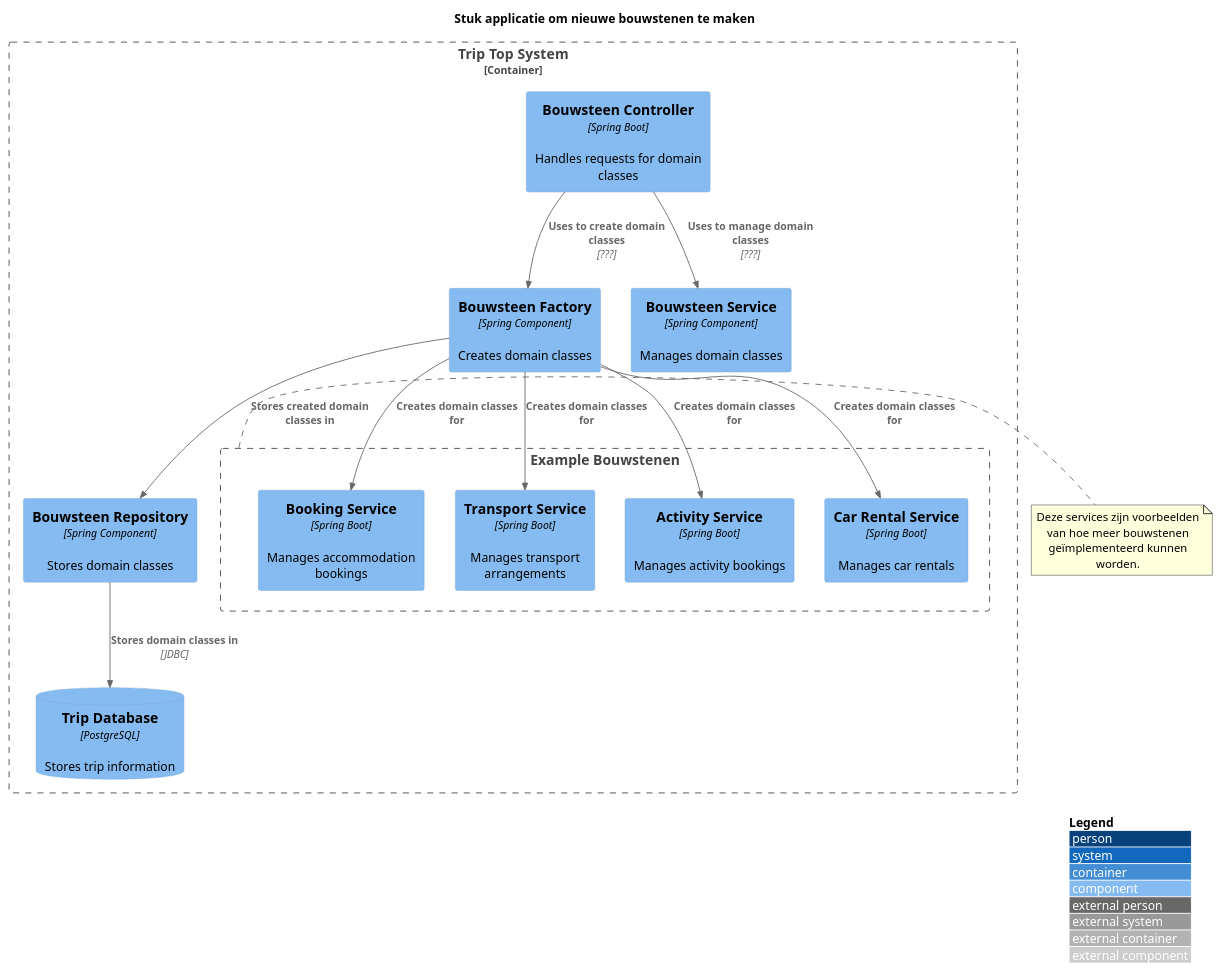
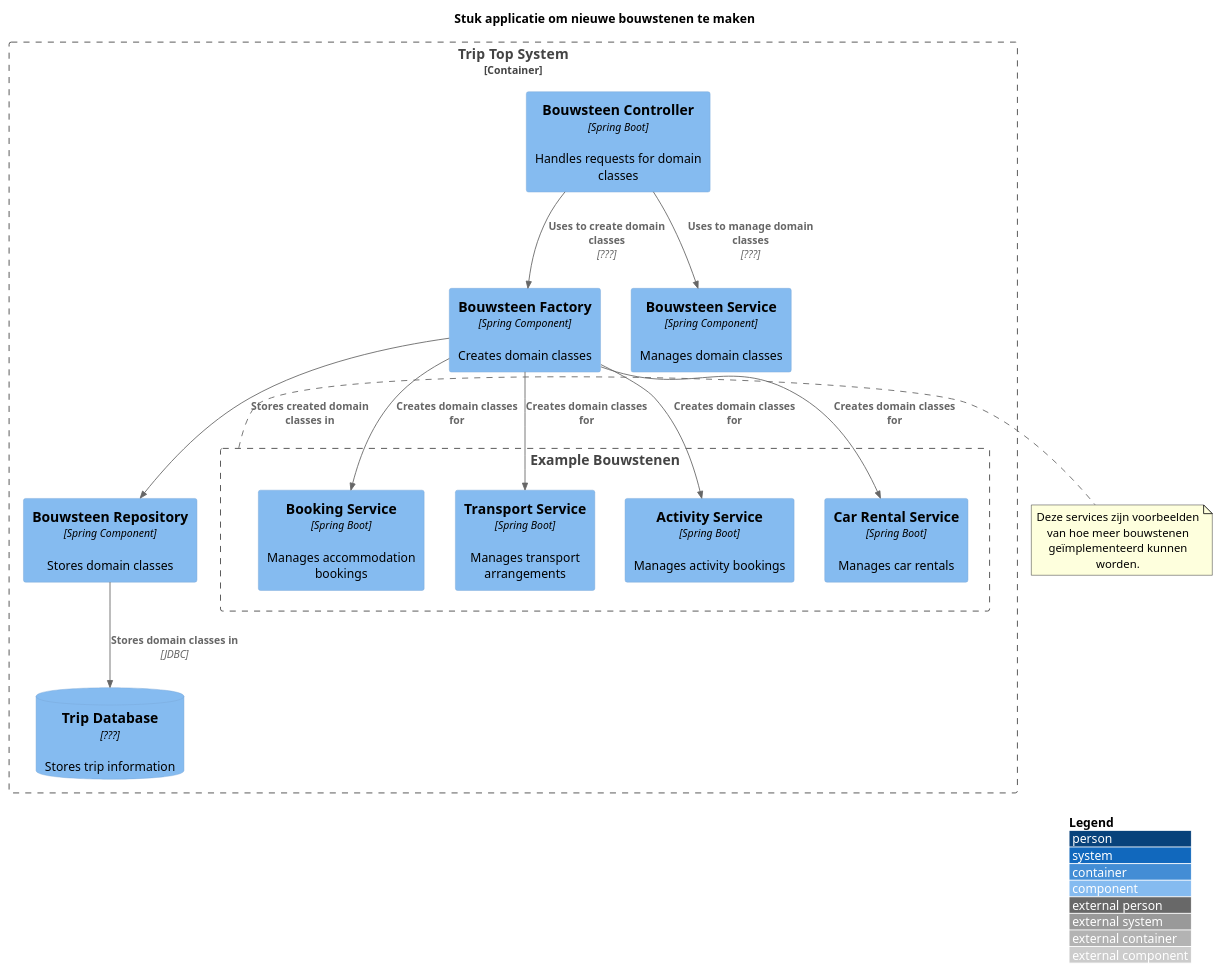
One commit to AIM-ENE-feb25/triptop-sqr-tech changed the diagram in Safa/W2L3V/NieuweVraagStuk/Component Diagram.puml. Above: the diagram before and after it, drawn with PlantUML. The commit also changed 4 other files, not shown here.

```diff
--- a/Safa/W2L3V/NieuweVraagStuk/Component Diagram.puml
+++ b/Safa/W2L3V/NieuweVraagStuk/Component Diagram.puml
@@ -1,41 +1,41 @@
 @startuml
 title Stuk applicatie om nieuwe bouwstenen te maken
 
 !include https://raw.githubusercontent.com/plantuml-stdlib/C4-PlantUML/master/C4_Component.puml
 
 LAYOUT_WITH_LEGEND()
 
 Container_Boundary(tts, "Trip Top System") {
     Component(factory, "Bouwsteen Factory", "Spring Component", "Creates domain classes")
     Component(repository, "Bouwsteen Repository", "Spring Component", "Stores domain classes")
 
     Component(domain_service, "Bouwsteen Service", "Spring Component", "Manages domain classes")
 
     Boundary(bouwstenen, "Example Bouwstenen") {
         Component(booking_service, "Booking Service", "Spring Boot", "Manages accommodation bookings")
         Component(transport_service, "Transport Service", "Spring Boot", "Manages transport arrangements")
         Component(activity_service, "Activity Service", "Spring Boot", "Manages activity bookings")
         Component(car_rental_service, "Car Rental Service", "Spring Boot", "Manages car rentals")
     }
 
     Component(controller, "Bouwsteen Controller", "Spring Boot", "Handles requests for domain classes")
 
-    ComponentDb(trip_db, "Trip Database", "PostgreSQL", "Stores trip information")
+    ComponentDb(trip_db, "Trip Database", "???", "Stores trip information")
 }
 
 Rel(factory, repository, "Stores created domain classes in")
 Rel(factory, booking_service, "Creates domain classes for")
 Rel(factory, transport_service, "Creates domain classes for")
 Rel(factory, activity_service, "Creates domain classes for")
 Rel(factory, car_rental_service, "Creates domain classes for")
 
 Rel(repository, trip_db, "Stores domain classes in", "JDBC")
 
 Rel(controller, factory, "Uses to create domain classes", "???")
 Rel(controller, domain_service, "Uses to manage domain classes", "???")
 
 note right of bouwstenen
 Deze services zijn voorbeelden van hoe meer bouwstenen geïmplementeerd kunnen worden.
 end note
 
 @enduml
```
